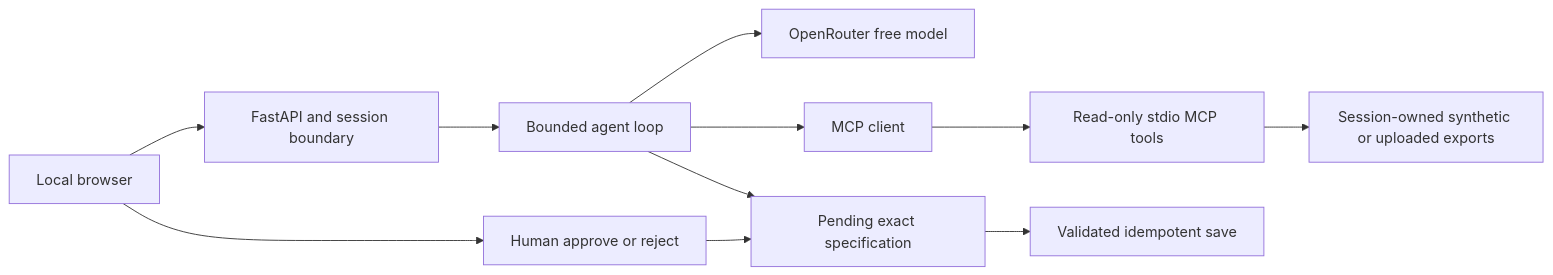
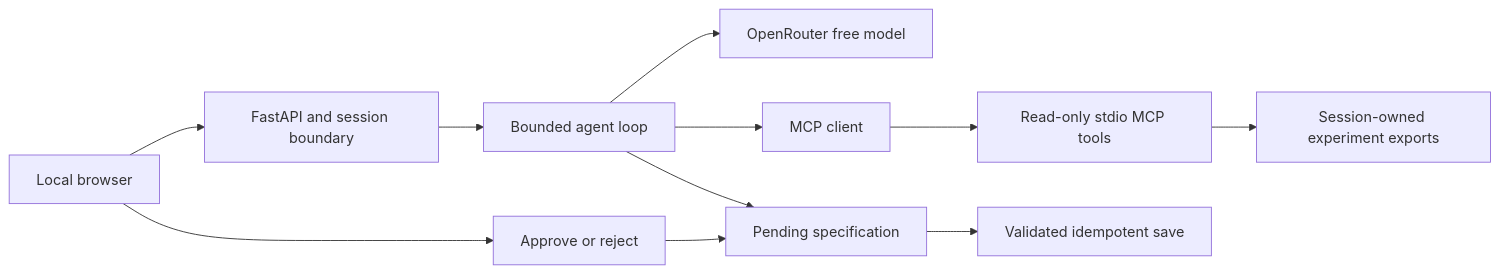
One commit to xZiAd01/modelcheck changed the diagram in README.md. Above: the diagram before and after it, drawn with Mermaid. The commit also changed other lines of this file and 18 other files, not shown here.

````diff
--- a/README.md
+++ b/README.md
@@ -68,13 +60,13 @@
 ```mermaid
 flowchart LR
   U[Local browser] --> A[FastAPI and session boundary]
   A --> L[Bounded agent loop]
   L --> P[OpenRouter free model]
   L --> C[MCP client]
   C --> T[Read-only stdio MCP tools]
-  T --> D[Session-owned synthetic or uploaded exports]
-  L --> Q[Pending exact specification]
-  U --> H[Human approve or reject]
+  T --> D[Session-owned experiment exports]
+  L --> Q[Pending specification]
+  U --> H[Approve or reject]
   H --> Q
   Q --> W[Validated idempotent save]
 ```
````
